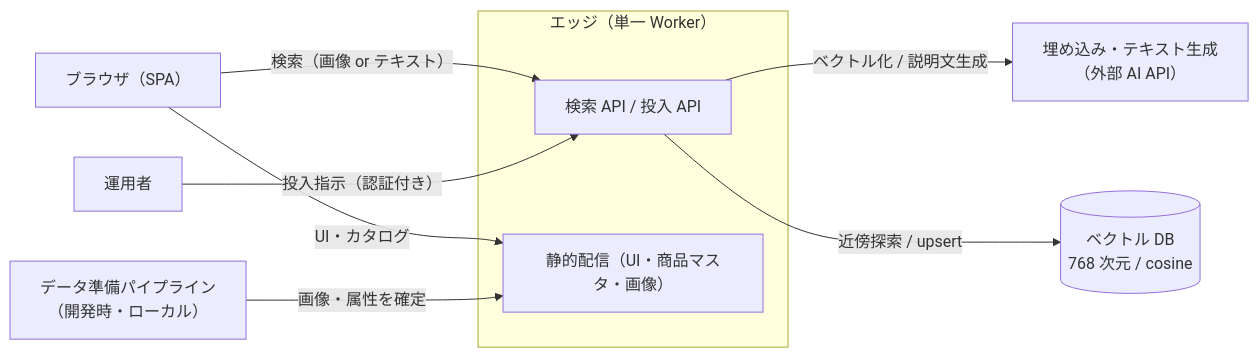
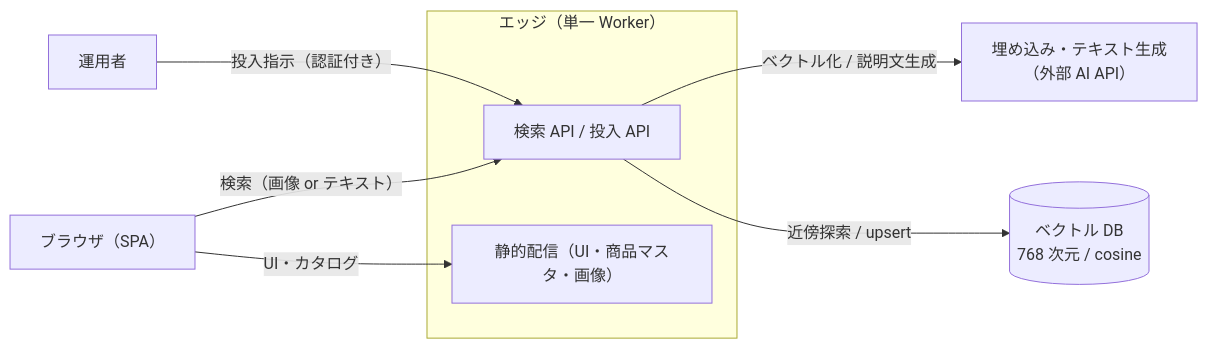
One commit to cancer/i2i-search changed the diagram in docs/architecture.md. Above: the diagram before and after it, drawn with Mermaid. The commit also changed other lines of this file, not shown here.

First line of the commit message:
docs: drop demo-specific data preparation from architecture doc

````diff
--- a/docs/architecture.md
+++ b/docs/architecture.md
@@ -21,18 +21,16 @@
 ```mermaid
 flowchart LR
     B["ブラウザ（SPA）"]
     subgraph Edge["エッジ（単一 Worker）"]
         API["検索 API / 投入 API"]
         ST["静的配信（UI・商品マスタ・画像）"]
     end
     VDB[("ベクトル DB<br/>768 次元 / cosine")]
     AI["埋め込み・テキスト生成<br/>（外部 AI API）"]
-    PIPE["データ準備パイプライン<br/>（開発時・ローカル）"]
 
     B -->|"検索（画像 or テキスト）"| API
     B -->|"UI・カタログ"| ST
     API -->|"ベクトル化 / 説明文生成"| AI
     API -->|"近傍探索 / upsert"| VDB
-    PIPE -->|"画像・属性を確定"| ST
     Ops["運用者"] -->|"投入指示（認証付き）"| API
 ```
````
